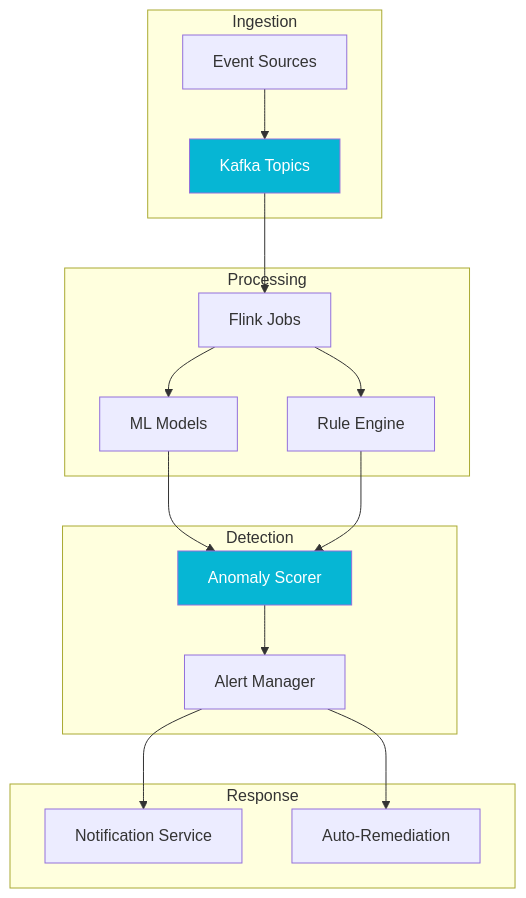
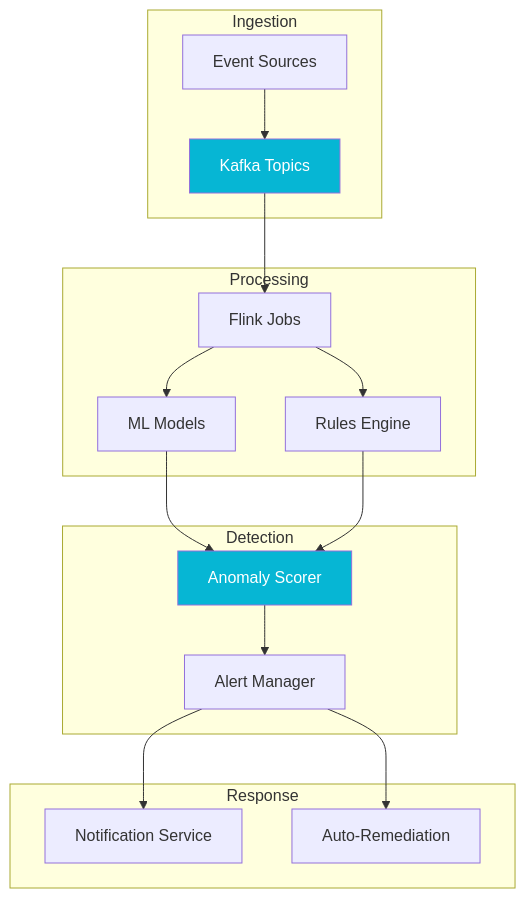
The diagram in src/content/case-studies/event-horizon.mdx (phatjam98/portfolio), drawn with Mermaid before and after one commit. The commit also changed other lines of this file and 12 other files, not shown here.

````diff
--- a/src/content/case-studies/event-horizon.mdx
+++ b/src/content/case-studies/event-horizon.mdx
@@ -28,22 +26,22 @@
 ```mermaid
 graph TB
     subgraph Ingestion
         A[Event Sources] --> B[Kafka Topics]
     end
     subgraph Processing
         B --> C[Flink Jobs]
         C --> D[ML Models]
-        C --> E[Rule Engine]
+        C --> E[Rules Engine]
     end
     subgraph Detection
         D --> F[Anomaly Scorer]
         E --> F
         F --> G[Alert Manager]
     end
     subgraph Response
         G --> H[Notification Service]
         G --> I[Auto-Remediation]
     end
     style B fill:#06b6d4,color:#fff
     style F fill:#06b6d4,color:#fff
 ```
````
